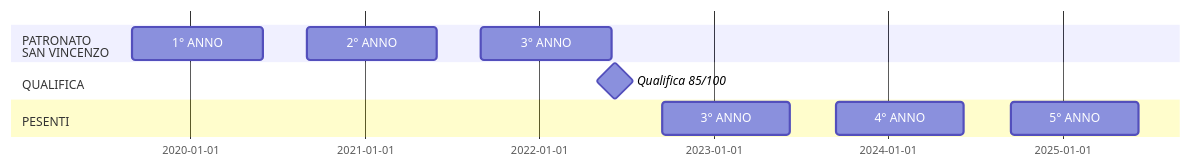
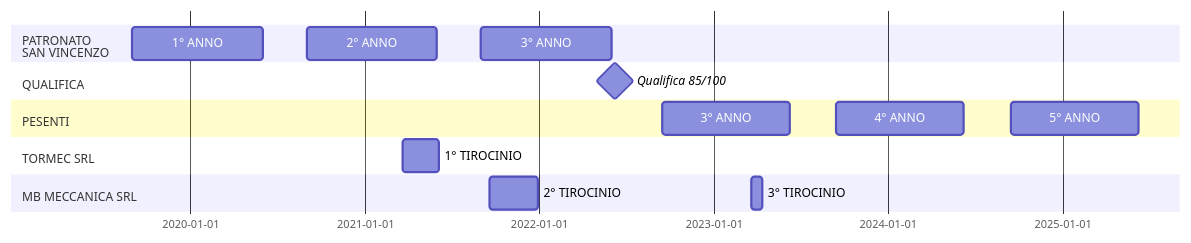
One commit to Laaouatni/PTCO-esame-MERMAID changed the diagram in PTCO.md. Above: the diagram before and after it, drawn with Mermaid.

````diff
--- a/PTCO.md
+++ b/PTCO.md
@@ -1,21 +1,27 @@
 ```mermaid
 ---
 displayMode: compact
 ---
 %%{init: { 'gantt': {'leftPadding': 110, 'barHeight': 30}} }%%
 gantt
     dateFormat  DD-MM-YYYY
 
     section PATRONATO<BR>SAN VINCENZO
         1° ANNO: 01-09-2019,31-05-2020
         2° ANNO: 01-09-2020,31-05-2021
         3° ANNO: 01-09-2021,31-05-2022
 
     section QUALIFICA
         Qualifica 85/100 :milestone, 15-06-2022
 
     section PESENTI
         3° ANNO: 14-09-2022,08-06-2023
         4° ANNO: 14-09-2023,08-06-2024
         5° ANNO: 14-09-2024,08-06-2025
+
+    section TORMEC SRL
+        1° TIROCINIO: 21-03-2021,04-06-2021
+    section MB MECCANICA SRL
+        2° TIROCINIO: 19-09-2021,29-12-2021
+        3° TIROCINIO: 20-03-2023,13-04-2023
 ```
````
